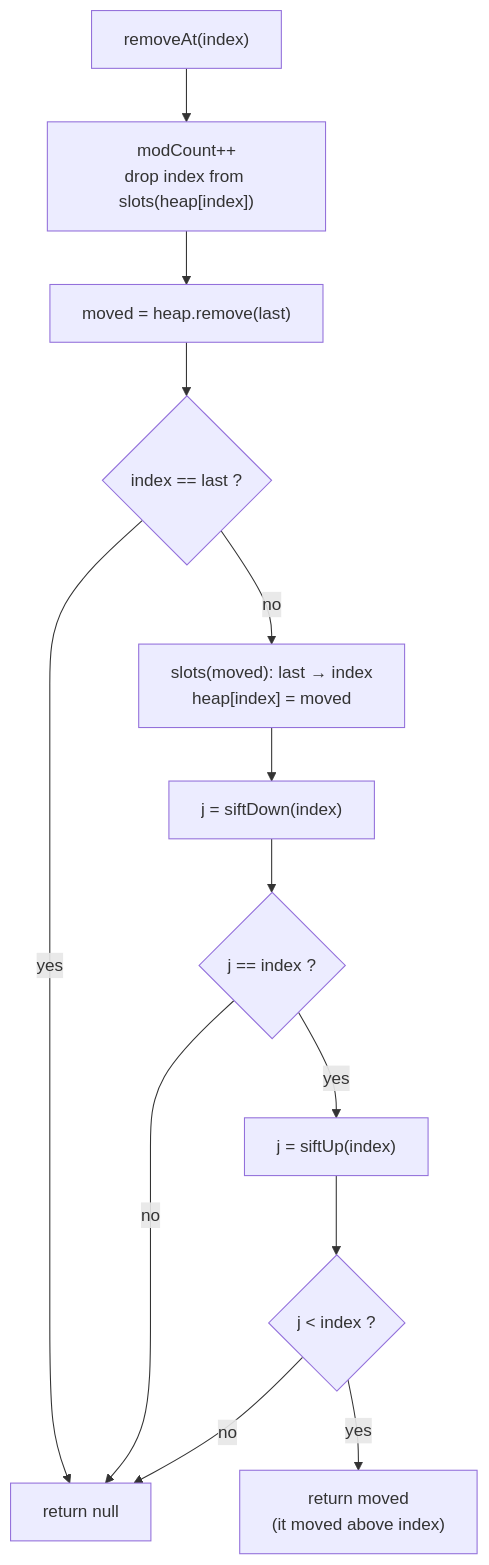
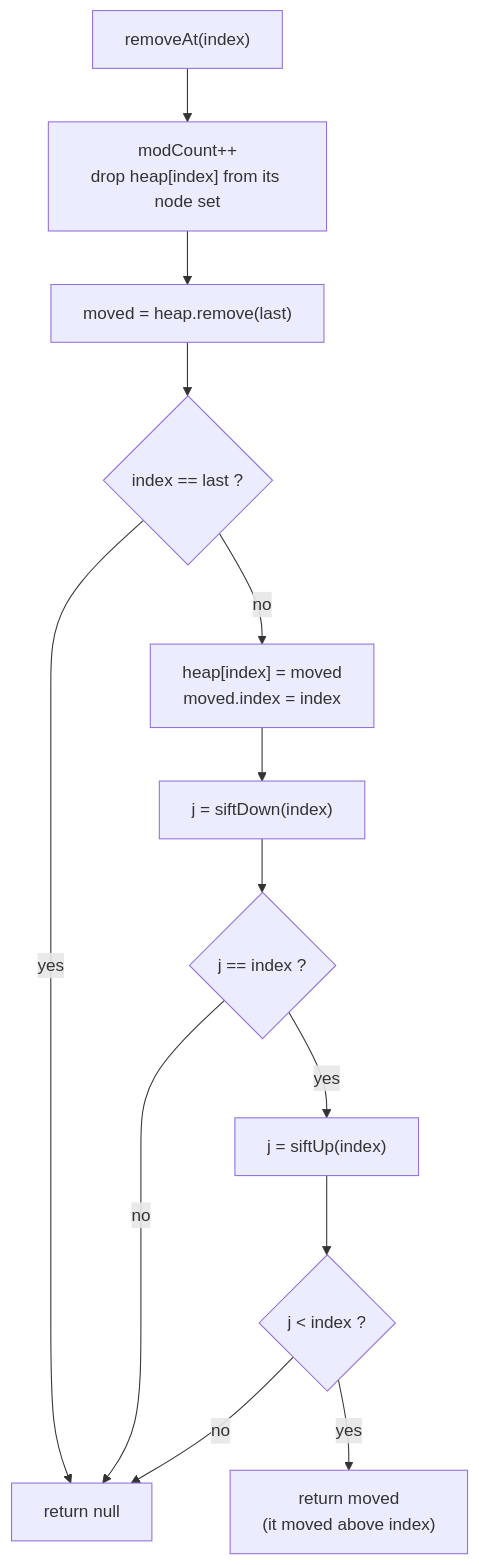
One commit to deyindra/System_Design changed the ninth of 10 diagrams in ds/README.md. Above: the diagram before and after it, drawn with Mermaid. The commit also changed other lines of this file and 2 other files, not shown here.

````diff
--- a/ds/README.md
+++ b/ds/README.md
@@ -260,15 +418,15 @@
 ```mermaid
 flowchart TD
-    A["removeAt(index)"] --> B["modCount++<br/>drop index from slots(heap[index])"]
+    A["removeAt(index)"] --> B["modCount++<br/>drop heap[index] from its node set"]
     B --> C["moved = heap.remove(last)"]
     C --> D{"index == last ?"}
     D -- yes --> R0["return null"]
-    D -- no --> E["slots(moved): last → index<br/>heap[index] = moved"]
+    D -- no --> E["heap[index] = moved<br/>moved.index = index"]
     E --> F["j = siftDown(index)"]
     F --> G{"j == index ?"}
     G -- no --> R0
     G -- yes --> H["j = siftUp(index)"]
     H --> I{"j < index ?"}
     I -- yes --> R1["return moved<br/>(it moved above index)"]
     I -- no --> R0
 ```
````
